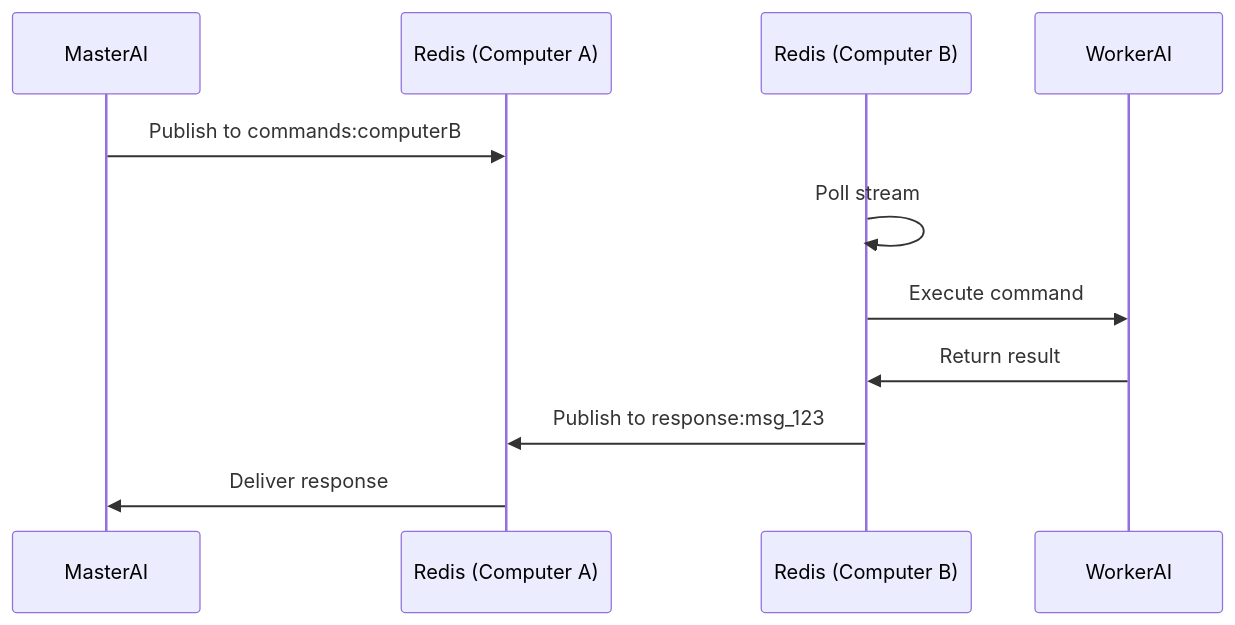
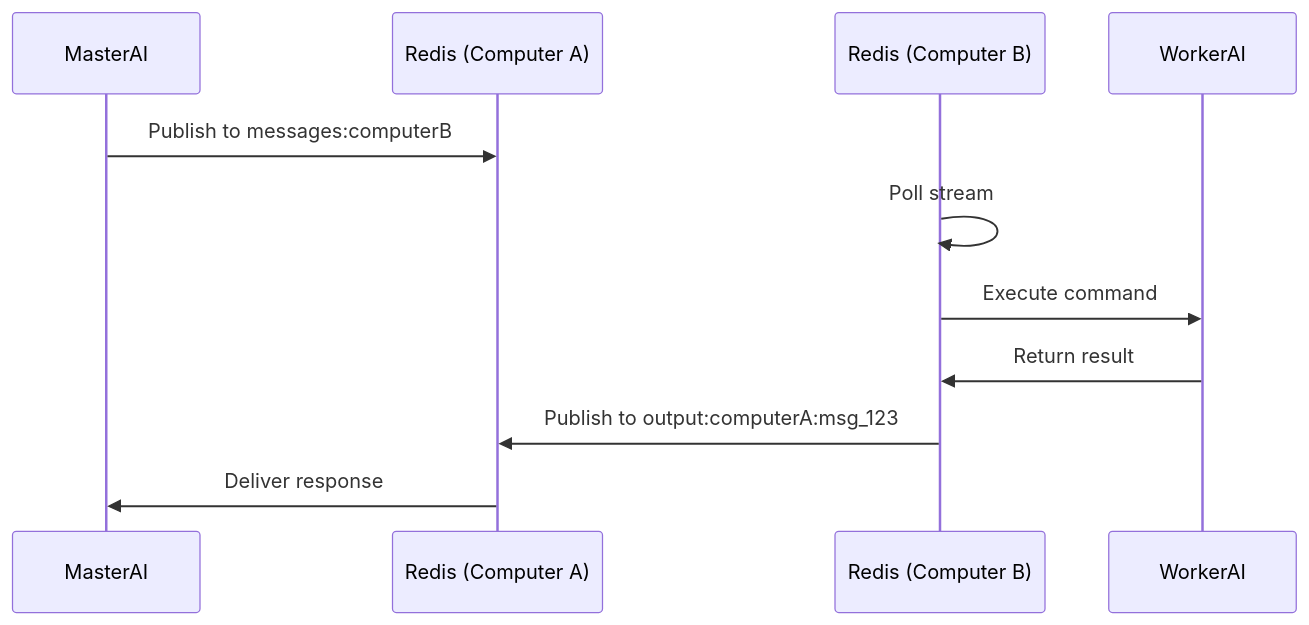
Before and after one commit to InstruktAI/TeleClaude: the second of 3 diagrams in docs/project/design/architecture/redis-transport.md, drawn with Mermaid. The commit also changed other lines of this file and 5 other files, not shown here.

First line of the commit message:
docs(commands-carry-target-computer): author cross-computer command-dispatch contract

````diff
--- a/docs/project/design/architecture/redis-transport.md
+++ b/docs/project/design/architecture/redis-transport.md
@@ -62,14 +62,14 @@
 ```mermaid
 sequenceDiagram
     participant MasterAI
     participant RedisA as Redis (Computer A)
     participant RedisB as Redis (Computer B)
     participant WorkerAI
 
-    MasterAI->>RedisA: Publish to commands:computerB
+    MasterAI->>RedisA: Publish to messages:computerB
     RedisB->>RedisB: Poll stream
     RedisB->>WorkerAI: Execute command
     WorkerAI->>RedisB: Return result
-    RedisB->>RedisA: Publish to response:msg_123
+    RedisB->>RedisA: Publish to output:computerA:msg_123
     RedisA->>MasterAI: Deliver response
 ```
````
